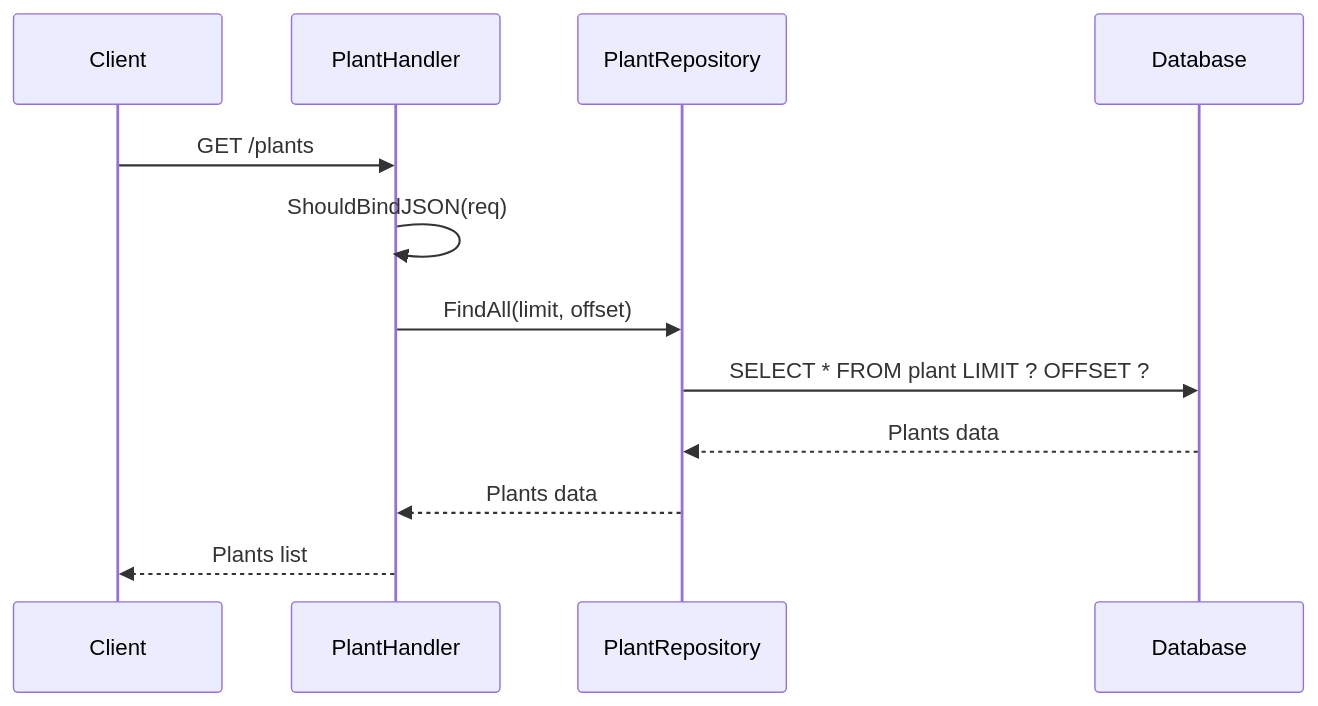
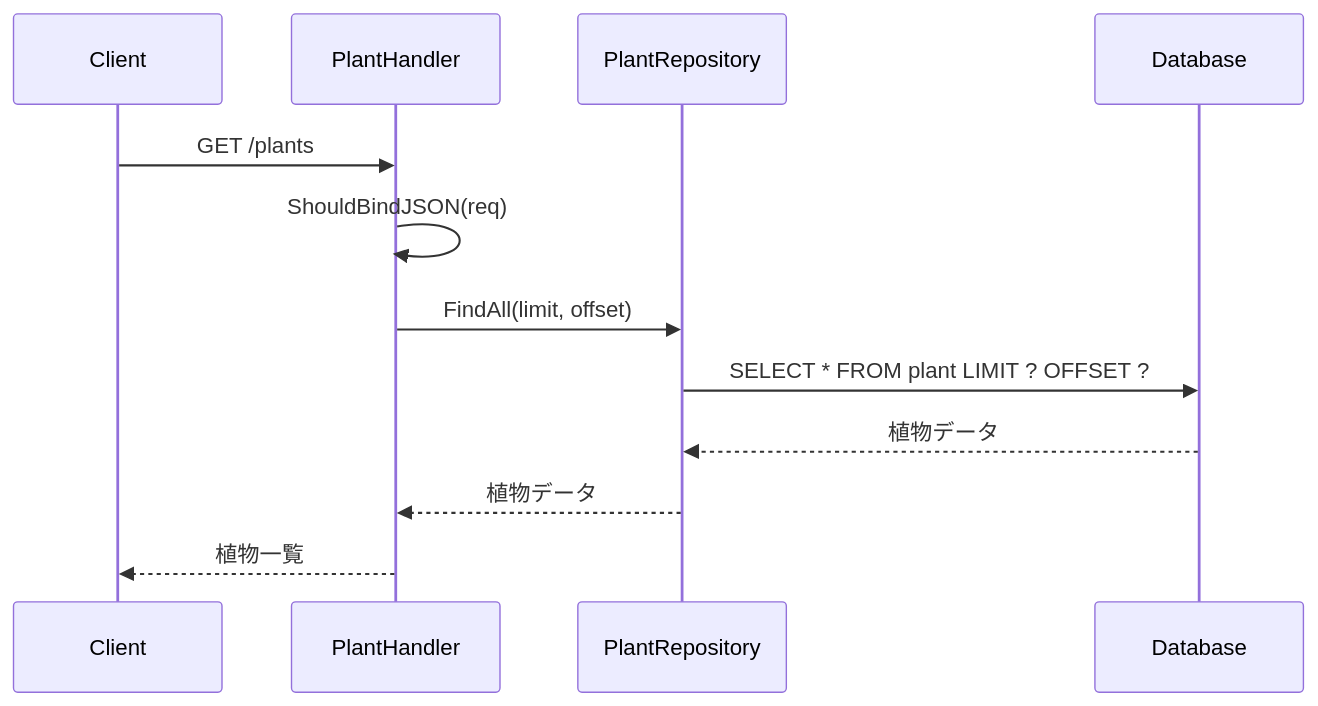
Before and after one commit to tky1645/agent-test: the eighth of 8 diagrams in README.md, drawn with Mermaid. The commit also changed other lines of this file, not shown here.

````diff
--- a/README.md
+++ b/README.md
@@ -276,15 +276,15 @@
 ```mermaid
 sequenceDiagram
-    participant Client
-    participant PlantHandler
-    participant PlantRepository
-    participant Database
+    participant クライアント as Client
+    participant 植物ハンドラー as PlantHandler
+    participant 植物リポジトリ as PlantRepository
+    participant データベース as Database
 
-    Client->>PlantHandler: GET /plants
-    PlantHandler->>PlantHandler: ShouldBindJSON(req)
-    PlantHandler->>PlantRepository: FindAll(limit, offset)
-    PlantRepository->>Database: SELECT * FROM plant LIMIT ? OFFSET ?
-    Database-->>PlantRepository: Plants data
-    PlantRepository-->>PlantHandler: Plants data
-    PlantHandler-->>Client: Plants list
+    クライアント->>植物ハンドラー: GET /plants
+    植物ハンドラー->>植物ハンドラー: ShouldBindJSON(req)
+    植物ハンドラー->>植物リポジトリ: FindAll(limit, offset)
+    植物リポジトリ->>データベース: SELECT * FROM plant LIMIT ? OFFSET ?
+    データベース-->>植物リポジトリ: 植物データ
+    植物リポジトリ-->>植物ハンドラー: 植物データ
+    植物ハンドラー-->>クライアント: 植物一覧
 ```
````
